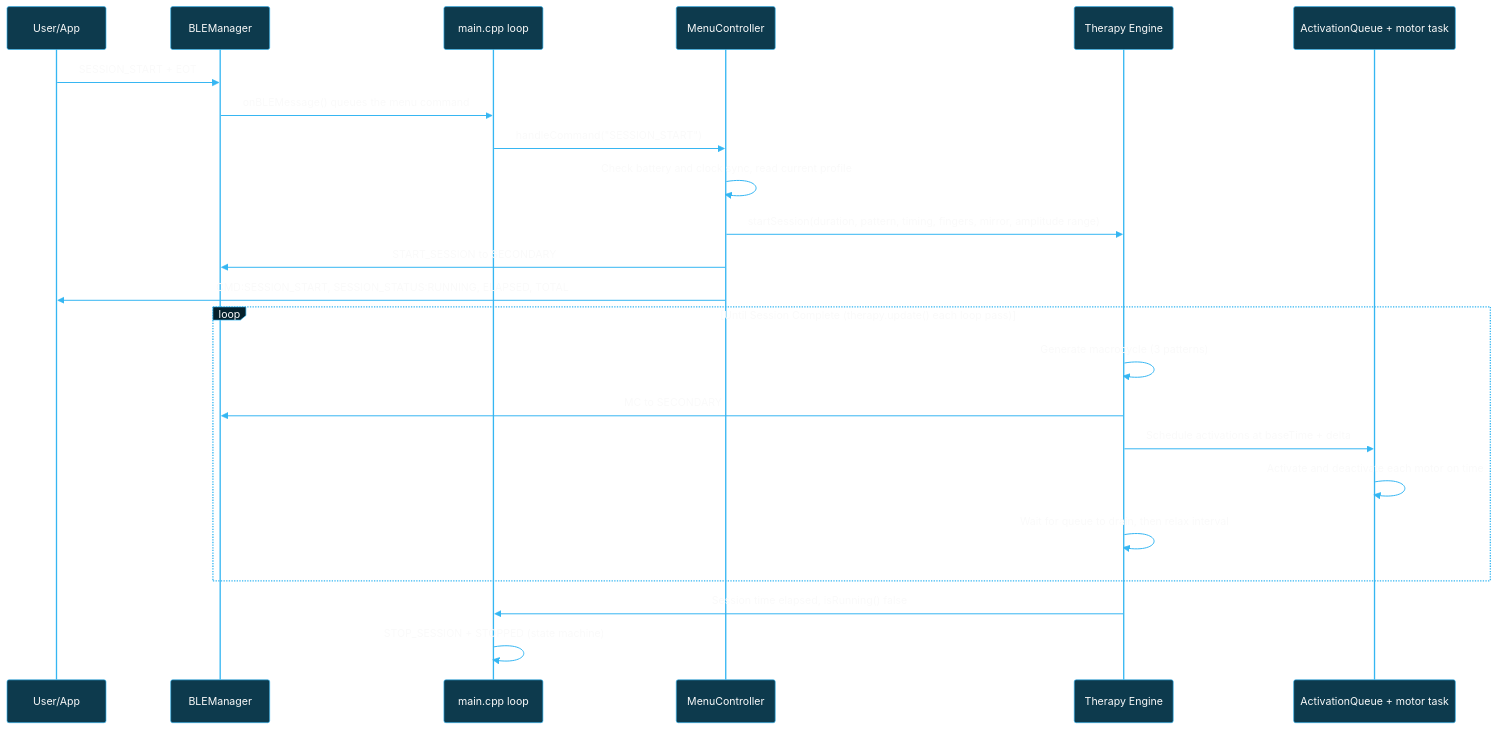
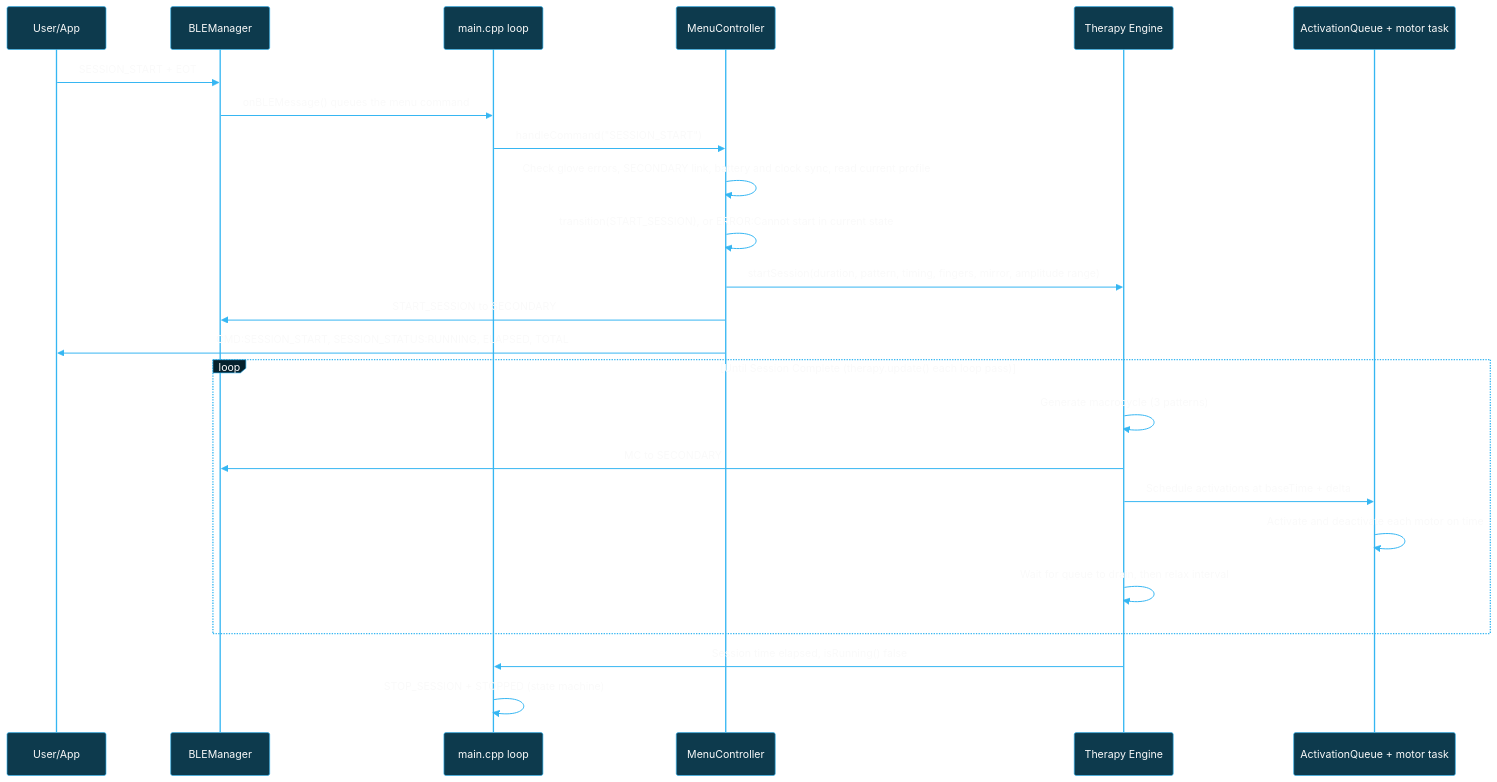
Before and after one commit to BlueBuzzah/BlueBuzzah-Firmware: the fifth of 6 diagrams in docs/ARCHITECTURE.md, drawn with Mermaid. The commit also changed other lines of this file and 5 other files, not shown here.

````diff
--- a/docs/ARCHITECTURE.md
+++ b/docs/ARCHITECTURE.md
@@ -1462,53 +1462,54 @@
 ```mermaid
 %%{init: {'theme': 'base', 'themeVariables': {
   'primaryColor': '#0d3a4d',
   'primaryTextColor': '#fafafa',
   'primaryBorderColor': '#35B6F2',
   'lineColor': '#35B6F2',
   'secondaryColor': '#05212D',
   'tertiaryColor': '#0a0a0a',
   'background': '#0a0a0a',
   'actorBkg': '#0d3a4d',
   'actorBorder': '#35B6F2',
   'actorTextColor': '#fafafa',
   'actorLineColor': '#35B6F2',
   'signalColor': '#35B6F2',
   'signalTextColor': '#fafafa',
   'labelBoxBkgColor': '#05212D',
   'labelBoxBorderColor': '#35B6F2',
   'labelTextColor': '#fafafa',
   'loopTextColor': '#fafafa',
   'noteBkgColor': '#05212D',
   'noteBorderColor': '#35B6F2',
   'noteTextColor': '#fafafa',
   'activationBkgColor': '#0d3a4d',
   'activationBorderColor': '#35B6F2',
   'sequenceNumberColor': '#fafafa'
 }}}%%
 sequenceDiagram
     participant U as User/App
     participant B as BLEManager
     participant L as main.cpp loop
     participant M as MenuController
     participant TE as Therapy Engine
     participant Q as ActivationQueue + motor task
 
     U->>B: SESSION_START + EOT
     B->>L: onBLEMessage() queues the menu command
     L->>M: handleCommand("SESSION_START")
-    M->>M: Check battery and clock sync, read current profile
+    M->>M: Check glove errors, SECONDARY link, battery and clock sync, read current profile
+    M->>M: transition(START_SESSION), or ERROR:Cannot start in current state
     M->>TE: startSession(duration, pattern, timing, fingers, mirror, amplitude range)
     M->>B: START_SESSION to SECONDARY
     M->>U: CMD:SESSION_START, SESSION_STATUS:RUNNING, ELAPSED, TOTAL
 
     loop Until Session Complete (therapy.update() each loop pass)
         TE->>TE: Generate macrocycle (3 patterns)
         TE->>B: MC to SECONDARY
         TE->>Q: Schedule activations at baseTime + delta
         Q->>Q: Activate and deactivate each motor on time
         TE->>TE: Wait for queue to drain, then relax interval
     end
 
     TE->>L: Session time elapsed, isRunning() false
     L->>L: STOP_SESSION + STOPPED (state machine)
 ```
````
